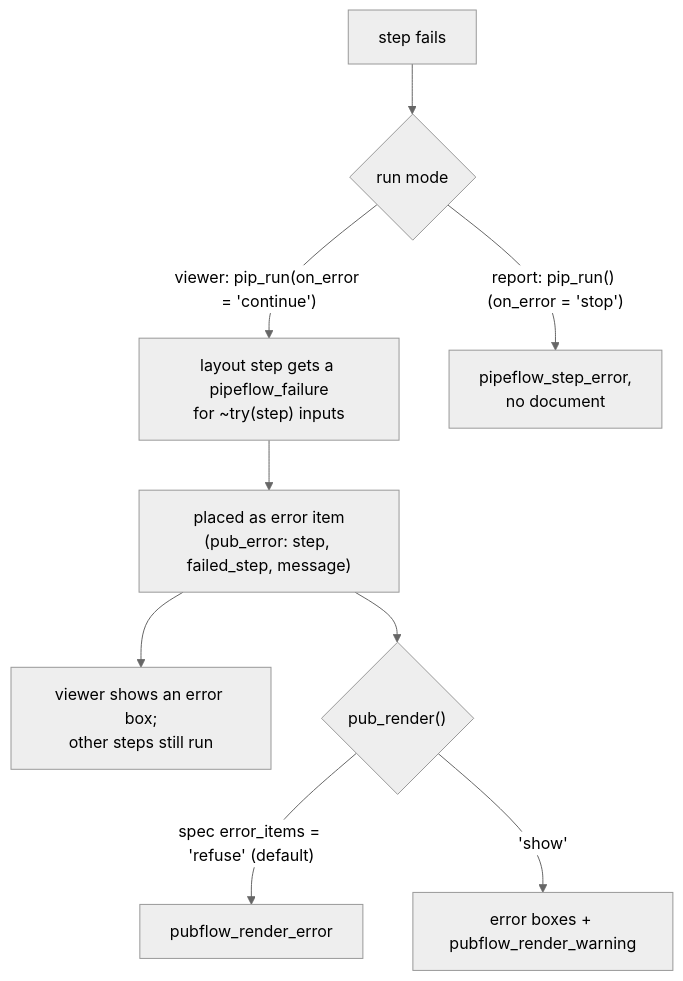
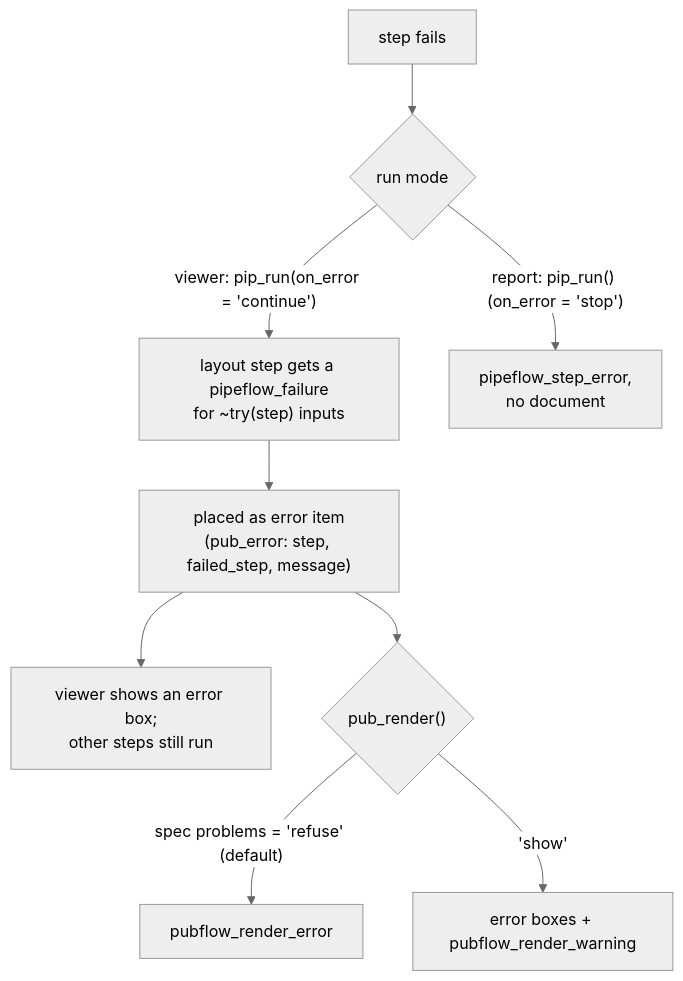
Diagram 12 of 12 in dev/ARCHITECTURE.md (rpahl/pubflow), drawn with Mermaid (neutral theme) before and after one commit. The commit also changed other lines of this file and 17 other files, not shown here.

First line of the commit message:
refactor: rename pub_error_items() to pub_problems(), error_items to problems (D58)

````diff
--- a/dev/ARCHITECTURE.md
+++ b/dev/ARCHITECTURE.md
@@ -623,12 +623,12 @@
 ```mermaid
 flowchart TB
     fail["step fails"]
     fail --> v{"run mode"}
     v -- "viewer: pip_run(on_error = 'continue')" --> c1["layout step gets a pipeflow_failure<br/>for ~try(step) inputs"]
     c1 --> c2["placed as error item<br/>(pub_error: step, failed_step, message)"]
     c2 --> c3["viewer shows an error box;<br/>other steps still run"]
     v -- "report: pip_run() (on_error = 'stop')" --> s1["pipeflow_step_error,<br/>no document"]
     c2 --> r{"pub_render()"}
-    r -- "spec error_items = 'refuse' (default)" --> r1["pubflow_render_error"]
+    r -- "spec problems = 'refuse' (default)" --> r1["pubflow_render_error"]
     r -- "'show'" --> r2["error boxes + pubflow_render_warning"]
 ```
````
